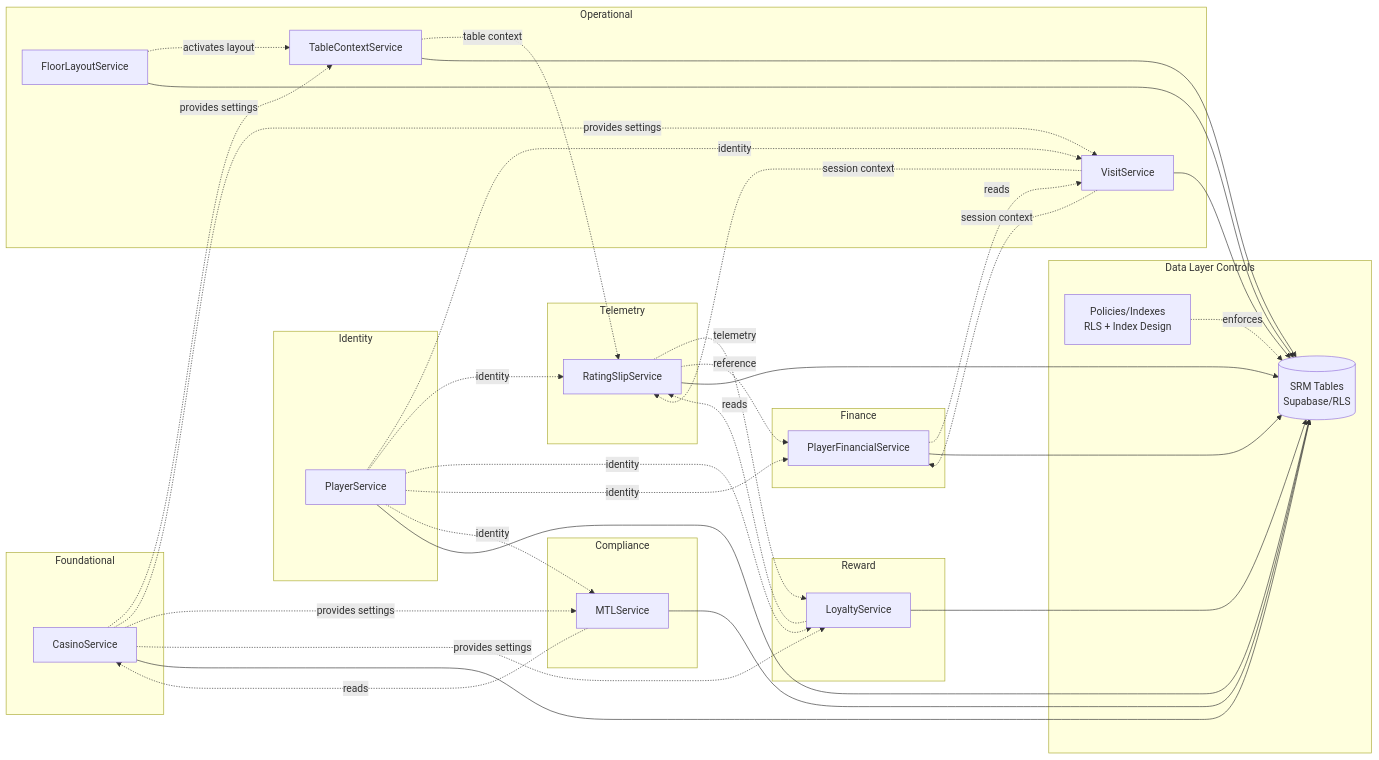
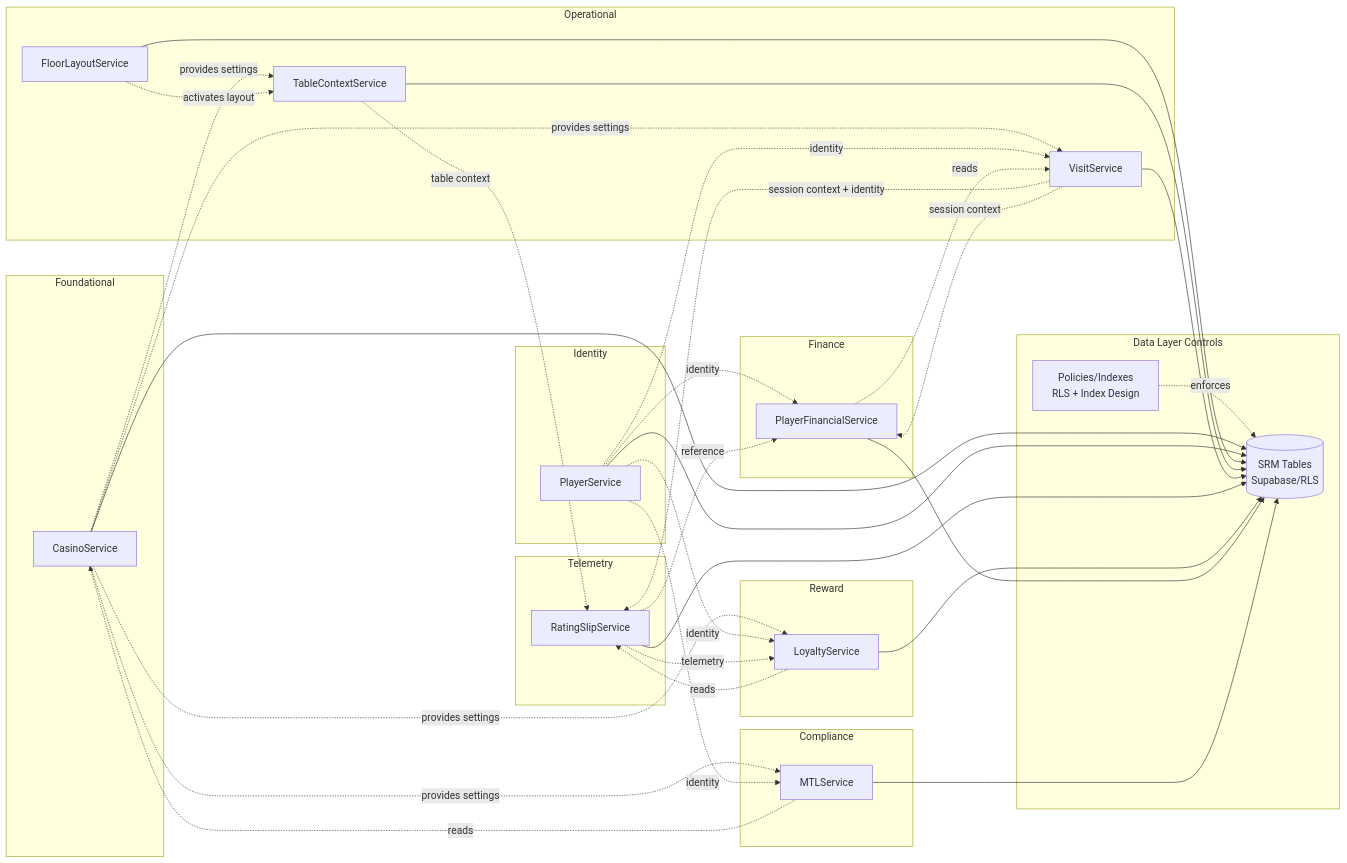
One commit to diepulp/pt-2 changed the second of 8 diagrams in docs/20-architecture/SERVICE_LAYER_ARCHITECTURE_DIAGRAM.md. Above: the diagram before and after it, drawn with Mermaid. The commit also changed other lines of this file and 1 other file, not shown here.

First line of the commit message:
docs(arch): remove rating_slip.player_id per EXEC-VSE-001

````diff
--- a/docs/20-architecture/SERVICE_LAYER_ARCHITECTURE_DIAGRAM.md
+++ b/docs/20-architecture/SERVICE_LAYER_ARCHITECTURE_DIAGRAM.md
@@ -159,72 +159,71 @@
 ```mermaid
 graph LR
     subgraph "Foundational"
         CASINO[CasinoService]
     end
 
     subgraph "Identity"
         PLAYER[PlayerService]
     end
 
     subgraph "Operational"
         FLOOR[FloorLayoutService]
         TABLE[TableContextService]
         VISIT[VisitService]
     end
 
     subgraph "Telemetry"
         RATING[RatingSlipService]
     end
 
     subgraph "Reward"
         LOYALTY[LoyaltyService]
     end
 
     subgraph "Finance"
         FINANCE[PlayerFinancialService]
     end
 
     subgraph "Compliance"
         MTL[MTLService]
     end
 
     subgraph "Data Layer Controls"
         DB[(SRM Tables<br/>Supabase/RLS)]
         POLICIES[Policies/Indexes<br/>RLS + Index Design]
     end
 
     CASINO -.provides settings.-> TABLE
     CASINO -.provides settings.-> VISIT
     CASINO -.provides settings.-> MTL
     CASINO -.provides settings.-> LOYALTY
 
     PLAYER -.identity.-> VISIT
-    PLAYER -.identity.-> RATING
     PLAYER -.identity.-> LOYALTY
     PLAYER -.identity.-> FINANCE
     PLAYER -.identity.-> MTL
 
-    VISIT -.session context.-> RATING
+    VISIT -.session context + identity.-> RATING
     VISIT -.session context.-> FINANCE
 
     FLOOR -.activates layout.-> TABLE
     TABLE -.table context.-> RATING
 
     RATING -.telemetry.-> LOYALTY
     RATING -.reference.-> FINANCE
 
     LOYALTY -.reads.-> RATING
     FINANCE -.reads.-> VISIT
     MTL -.reads.-> CASINO
     POLICIES -.enforces.-> DB
 
     CASINO --> DB
     PLAYER --> DB
     FLOOR --> DB
     TABLE --> DB
     VISIT --> DB
     RATING --> DB
     LOYALTY --> DB
     FINANCE --> DB
     MTL --> DB
 ```
````
